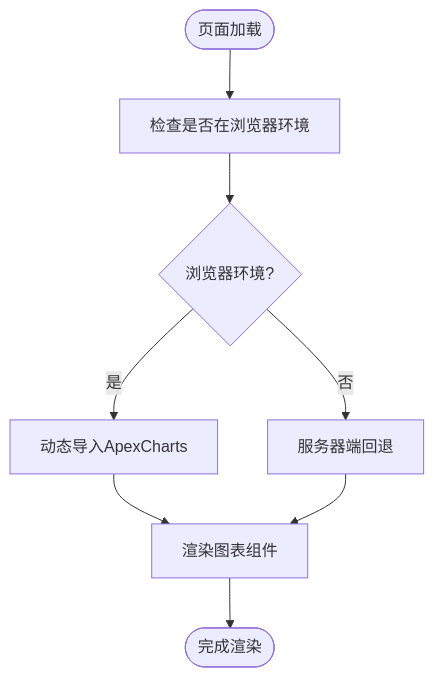
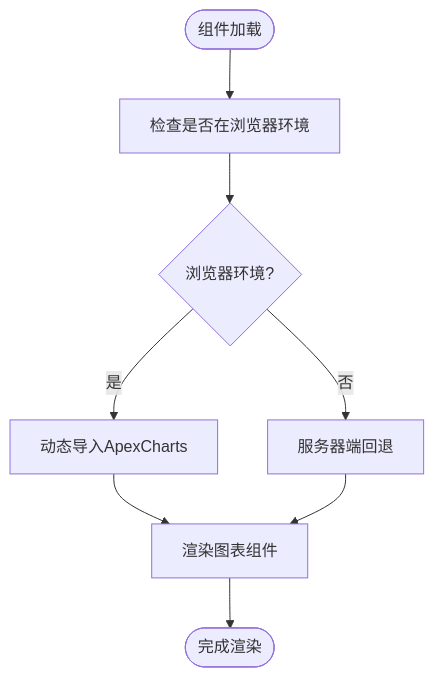
One commit to HAOFUYANG/nextjs-admin changed the seventh of 9 diagrams in .qoder/repowiki/zh/content/页面路由系统/页面类型组织结构/图表页面.md. Above: the diagram before and after it, drawn with Mermaid. The commit also changed other lines of this file and 36 other files, not shown here.

````diff
--- a/.qoder/repowiki/zh/content/页面路由系统/页面类型组织结构/图表页面.md
+++ b/.qoder/repowiki/zh/content/页面路由系统/页面类型组织结构/图表页面.md
@@ -381,10 +384,10 @@
 ```mermaid
 flowchart TD
-Start([页面加载]) --> Check["检查是否在浏览器环境"]
+Start([组件加载]) --> Check["检查是否在浏览器环境"]
 Check --> Browser{"浏览器环境?"}
 Browser --> |是| DynamicImport["动态导入ApexCharts"]
 Browser --> |否| SSRFallback["服务器端回退"]
 DynamicImport --> Render["渲染图表组件"]
 SSRFallback --> Render
 Render --> End([完成渲染])
 ```
````
